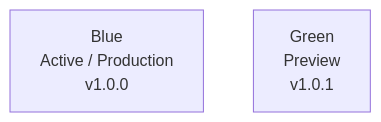
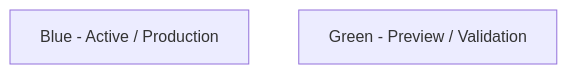
Before and after one commit to ahmed-sayed-devops/microservices-platform-gitops: diagram 13 of 35 in docs/04-progressive-delivery/README.md, drawn with Mermaid. The commit also changed other lines of this file and 13 other files, not shown here.

Commit message:
docs: update progressive delivery and platform architecture

````diff
--- a/docs/04-progressive-delivery/README.md
+++ b/docs/04-progressive-delivery/README.md
@@ -663,5 +700,6 @@
 ```mermaid
 graph TD
-    A["Blue<br/>Active / Production<br/>v1.0.0"]
-    B["Green<br/>Preview<br/>v1.0.1"]
+
+    A["Blue - Active / Production"]
+    B["Green - Preview / Validation"]
 ```
````
